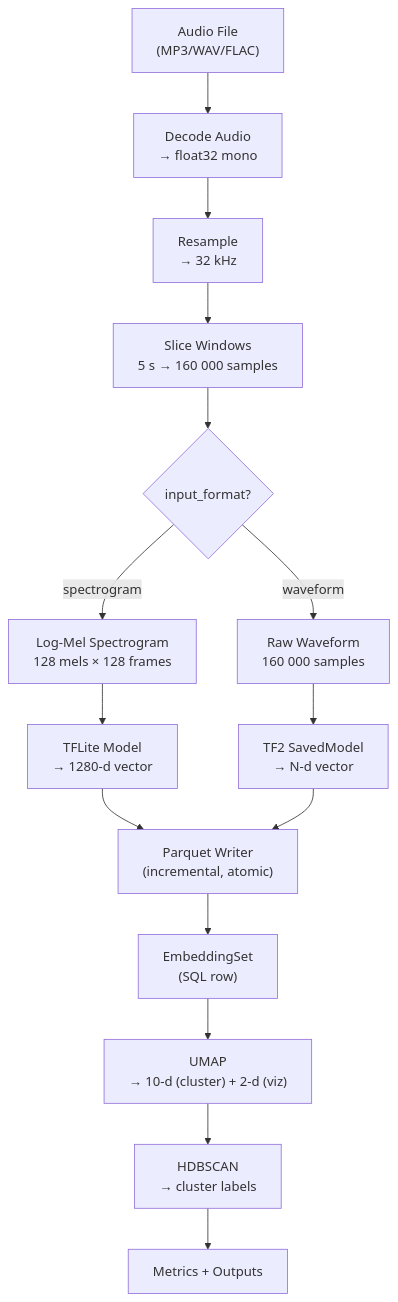
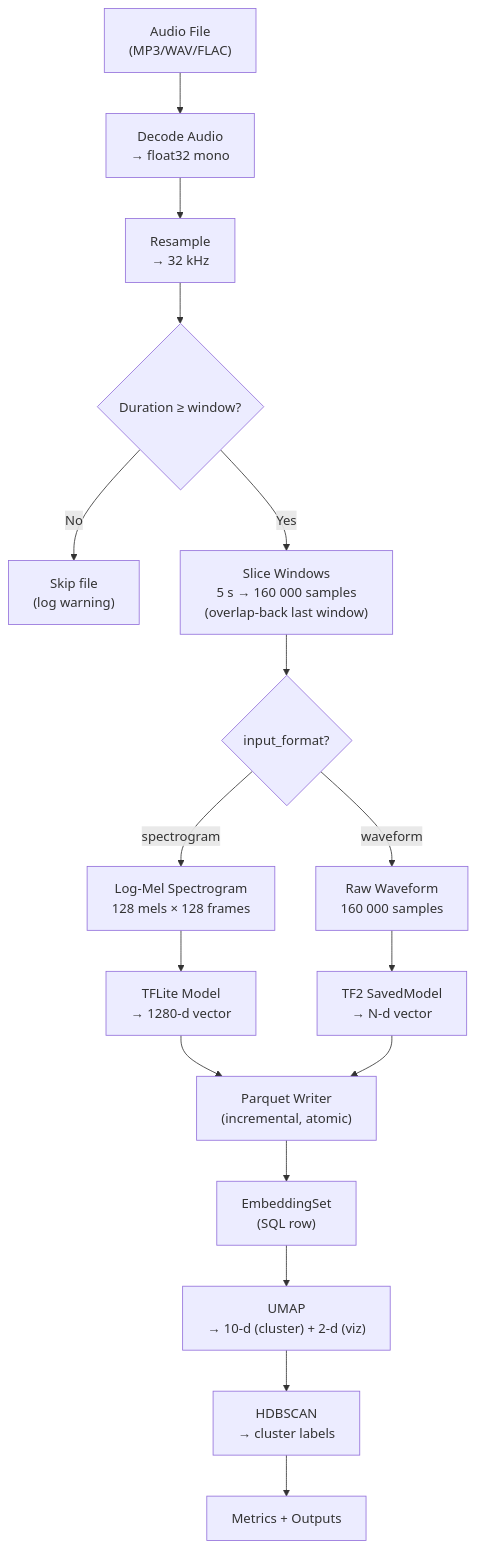
Before and after one commit to mfaulhaber/humpback-acoustic-embed: the diagram in README.md, drawn with Mermaid. The commit also changed other lines of this file and 17 other files, not shown here.

First line of the commit message:
Replace zero-padding with overlap-back windowing to eliminate false positive detections

````diff
--- a/README.md
+++ b/README.md
@@ -88,17 +88,19 @@
 ```mermaid
 flowchart TD
     A["Audio File<br/>(MP3/WAV/FLAC)"] --> B["Decode Audio<br/>→ float32 mono"]
     B --> C["Resample<br/>→ 32 kHz"]
-    C --> D["Slice Windows<br/>5 s → 160 000 samples"]
-    D --> E{input_format?}
+    C --> D{"Duration ≥ window?"}
+    D -- No --> D2["Skip file<br/>(log warning)"]
+    D -- Yes --> D3["Slice Windows<br/>5 s → 160 000 samples<br/>(overlap-back last window)"]
+    D3 --> E{input_format?}
     E -- spectrogram --> F["Log-Mel Spectrogram<br/>128 mels × 128 frames"]
     E -- waveform --> G["Raw Waveform<br/>160 000 samples"]
     F --> H["TFLite Model<br/>→ 1280-d vector"]
     G --> I["TF2 SavedModel<br/>→ N-d vector"]
     H --> J["Parquet Writer<br/>(incremental, atomic)"]
     I --> J
     J --> K["EmbeddingSet<br/>(SQL row)"]
     K --> L["UMAP<br/>→ 10-d (cluster) + 2-d (viz)"]
     L --> M["HDBSCAN<br/>→ cluster labels"]
     M --> N["Metrics + Outputs"]
 ```
````
